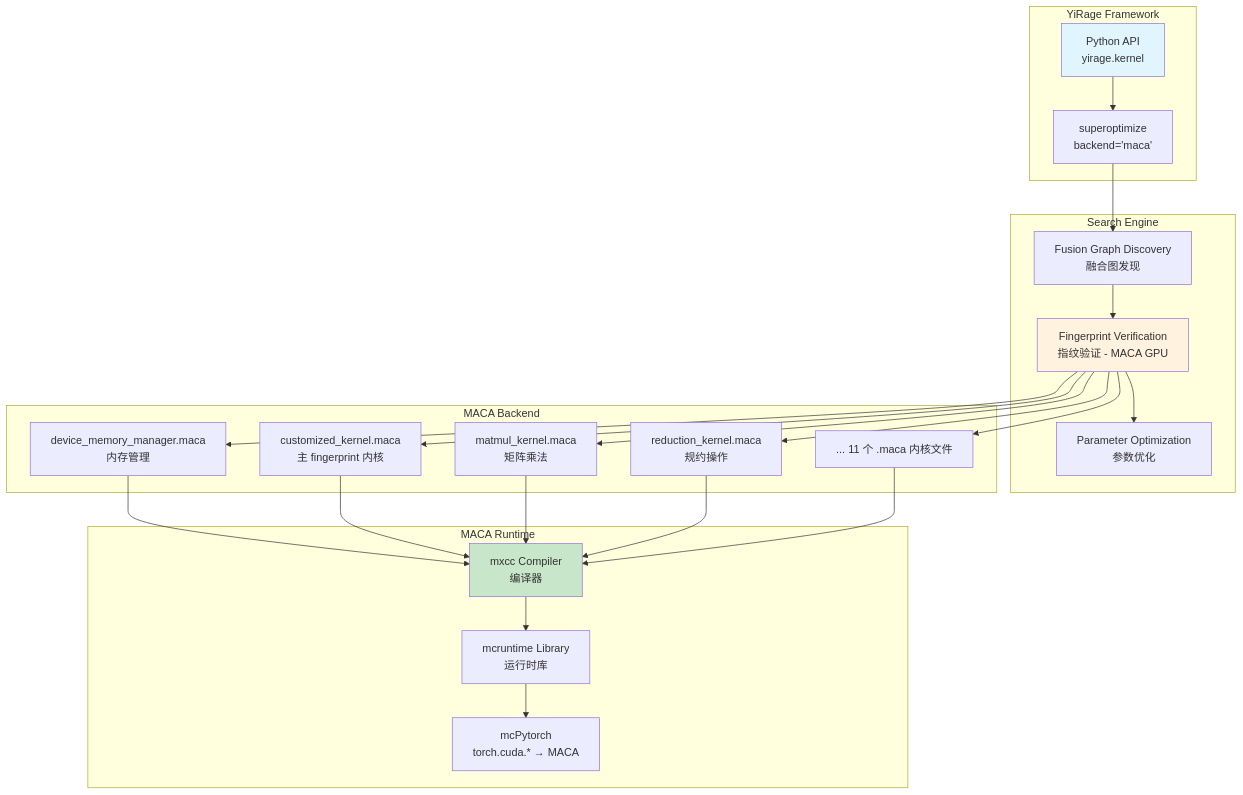
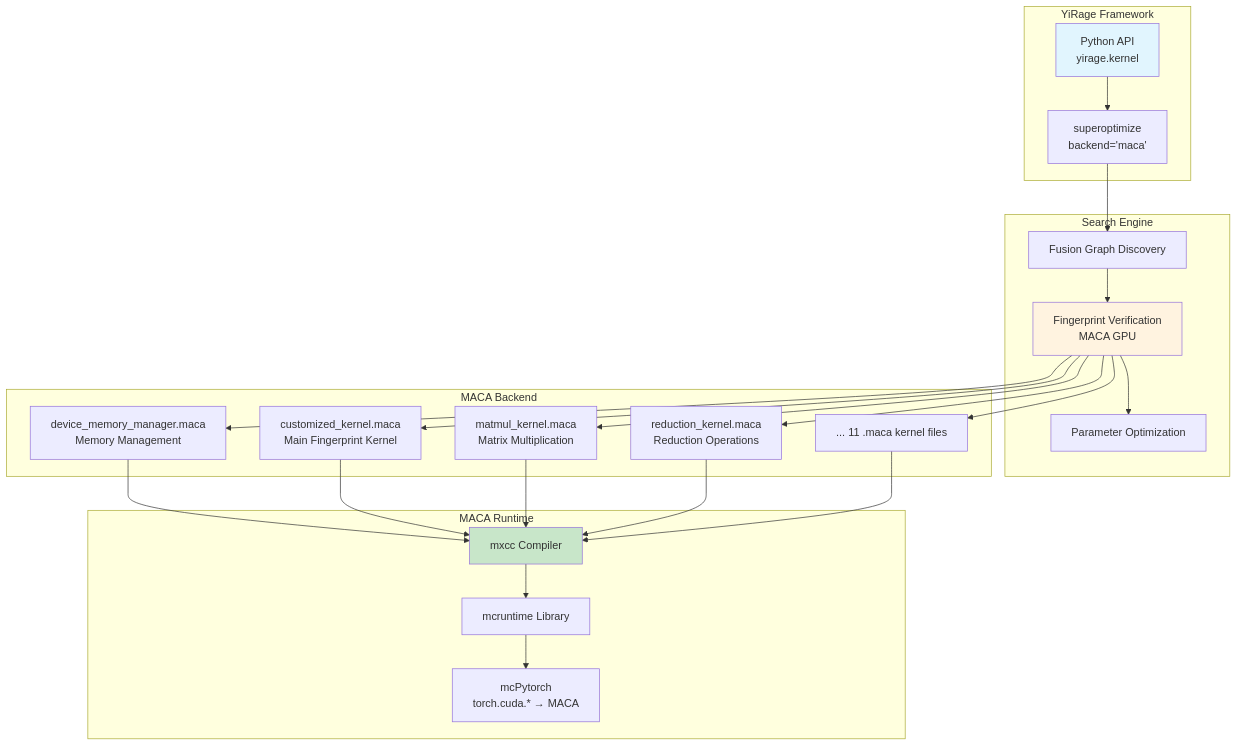
The first of 2 diagrams in docs/maca_complete_guide.md (chenxingqiang/YiRage), drawn with Mermaid before and after one commit. The commit also changed other lines of this file and 4 other files, not shown here.

````diff
--- a/docs/maca_complete_guide.md
+++ b/docs/maca_complete_guide.md
@@ -35,35 +35,35 @@
 ```mermaid
 graph TB
     subgraph "YiRage Framework"
         A[Python API<br/>yirage.kernel]
         B[superoptimize<br/>backend='maca']
     end
 
     subgraph "Search Engine"
-        C[Fusion Graph Discovery<br/>融合图发现]
-        D[Fingerprint Verification<br/>指纹验证 - MACA GPU]
-        E[Parameter Optimization<br/>参数优化]
+        C[Fusion Graph Discovery]
+        D[Fingerprint Verification<br/>MACA GPU]
+        E[Parameter Optimization]
     end
 
     subgraph "MACA Backend"
-        F[device_memory_manager.maca<br/>内存管理]
-        G[customized_kernel.maca<br/>主 fingerprint 内核]
-        H[matmul_kernel.maca<br/>矩阵乘法]
-        I[reduction_kernel.maca<br/>规约操作]
-        J[... 11 个 .maca 内核文件]
+        F[device_memory_manager.maca<br/>Memory Management]
+        G[customized_kernel.maca<br/>Main Fingerprint Kernel]
+        H[matmul_kernel.maca<br/>Matrix Multiplication]
+        I[reduction_kernel.maca<br/>Reduction Operations]
+        J[... 11 .maca kernel files]
     end
 
     subgraph "MACA Runtime"
-        K[mxcc Compiler<br/>编译器]
-        L[mcruntime Library<br/>运行时库]
+        K[mxcc Compiler]
+        L[mcruntime Library]
         M[mcPytorch<br/>torch.cuda.* → MACA]
     end
 
     A --> B --> C --> D --> E
     D --> F & G & H & I & J
     F & G & H & I & J --> K --> L --> M
 
     style A fill:#e1f5fe
     style D fill:#fff3e0
     style K fill:#c8e6c9
 ```
````
